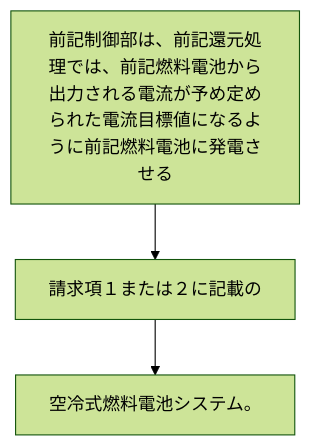
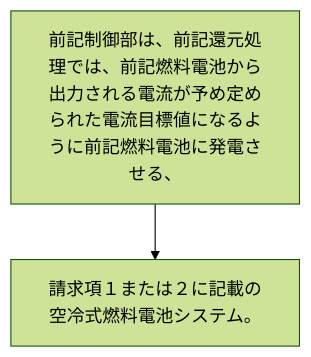
The diagram in 2024/JP2024017767A/claim_7/README.md (shinmori55/patent_analyzed), drawn with Mermaid (forest theme) before and after one commit. The commit also changed 336 other files, not shown here.

````diff
--- a/2024/JP2024017767A/claim_7/README.md
+++ b/2024/JP2024017767A/claim_7/README.md
@@ -2,8 +2,6 @@
 ```mermaid
 flowchart TD
-A[前記制御部は、前記還元処理では、前記燃料電池から出力される電流が予め定められた電流目標値になるように前記燃料電池に発電させる]
-B[請求項１または２に記載の]
-C[空冷式燃料電池システム。]
+A[前記制御部は、前記還元処理では、前記燃料電池から出力される電流が予め定められた電流目標値になるように前記燃料電池に発電させる、]
+B[請求項１または２に記載の空冷式燃料電池システム。]
 A --> B
-B --> C
 ```
````
